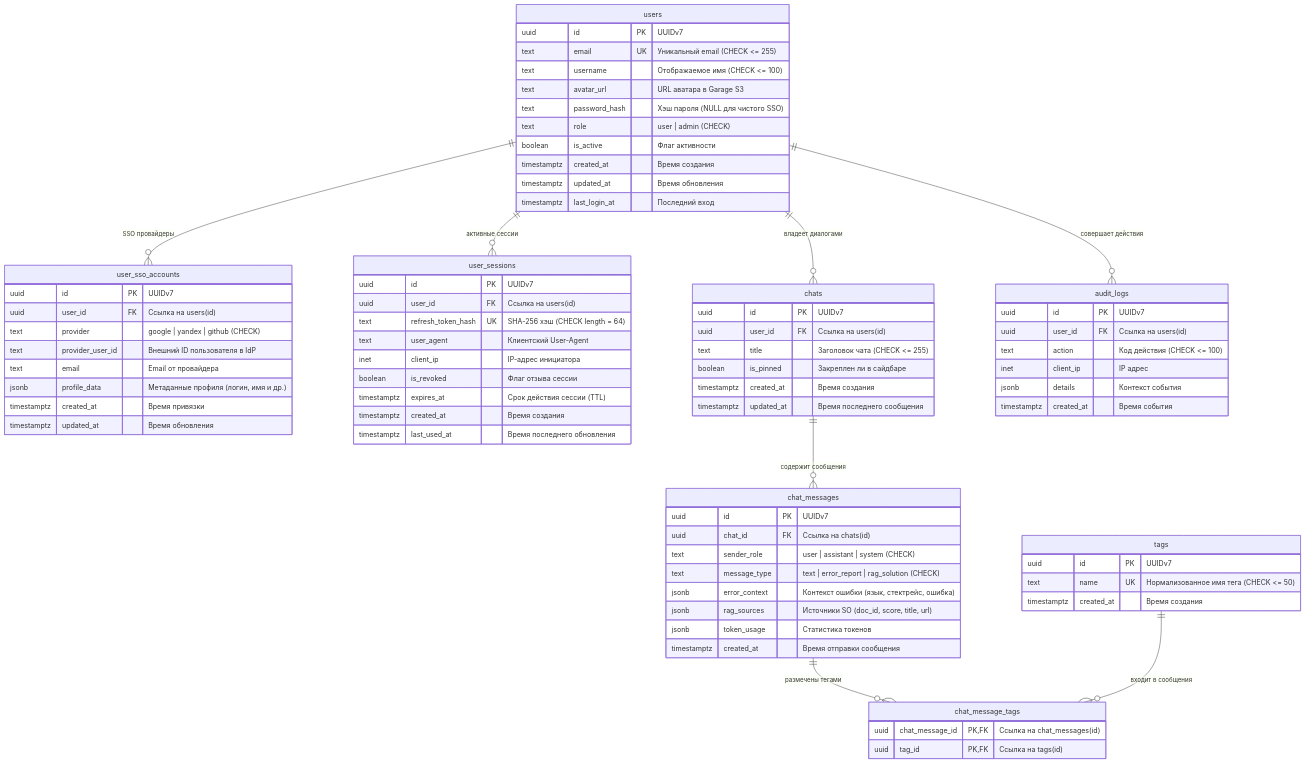
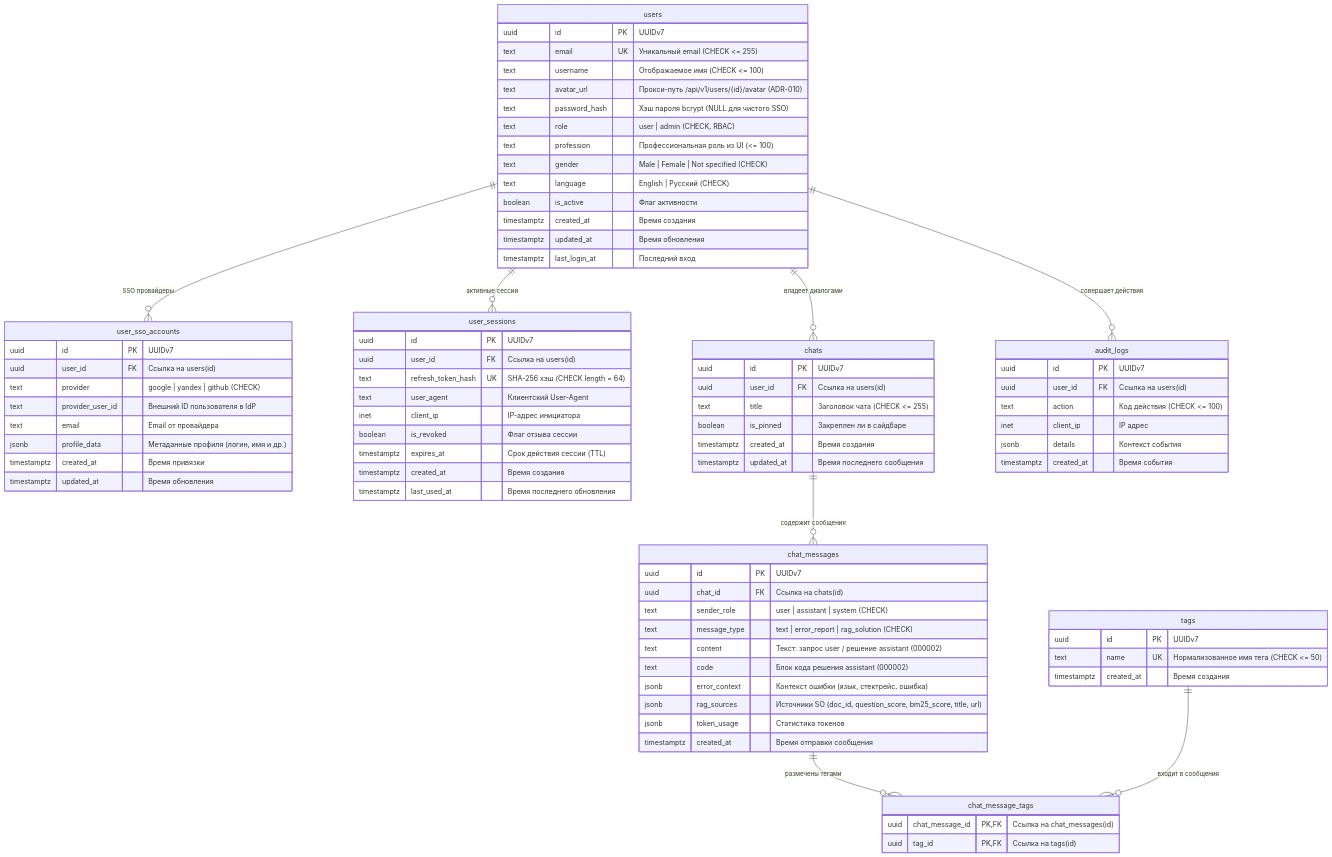
One commit to Soskiiit/Errorium changed the diagram in docs/Tech/03-data.md. Above: the diagram before and after it, drawn with Mermaid. The commit also changed other lines of this file and 6 other files, not shown here.

```diff
--- a/docs/Tech/03-data.md
+++ b/docs/Tech/03-data.md
@@ -151,9 +151,12 @@
         uuid id PK "UUIDv7"
         text email UK "Уникальный email (CHECK <= 255)"
         text username "Отображаемое имя (CHECK <= 100)"
-        text avatar_url "URL аватара в Garage S3"
-        text password_hash "Хэш пароля (NULL для чистого SSO)"
-        text role "user | admin (CHECK)"
+        text avatar_url "Прокси-путь /api/v1/users/{id}/avatar (ADR-010)"
+        text password_hash "Хэш пароля bcrypt (NULL для чистого SSO)"
+        text role "user | admin (CHECK, RBAC)"
+        text profession "Профессиональная роль из UI (<= 100)"
+        text gender "Male | Female | Not specified (CHECK)"
+        text language "English | Русский (CHECK)"
         boolean is_active "Флаг активности"
         timestamptz created_at "Время создания"
         timestamptz updated_at "Время обновления"
@@ -197,8 +200,10 @@
         uuid chat_id FK "Ссылка на chats(id)"
         text sender_role "user | assistant | system (CHECK)"
         text message_type "text | error_report | rag_solution (CHECK)"
+        text content "Текст: запрос user / решение assistant (000002)"
+        text code "Блок кода решения assistant (000002)"
         jsonb error_context "Контекст ошибки (язык, стектрейс, ошибка)"
-        jsonb rag_sources "Источники SO (doc_id, score, title, url)"
+        jsonb rag_sources "Источники SO (doc_id, question_score, bm25_score, title, url)"
         jsonb token_usage "Статистика токенов"
         timestamptz created_at "Время отправки сообщения"
     }
```
